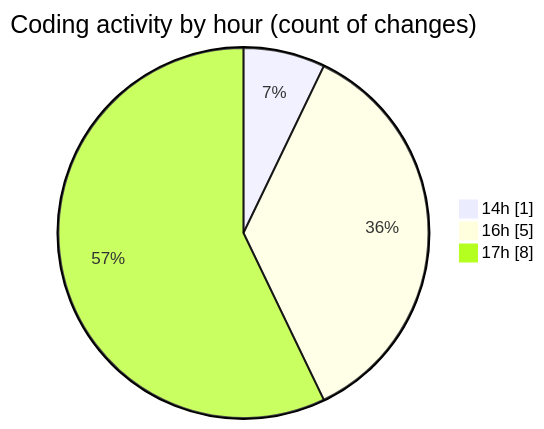
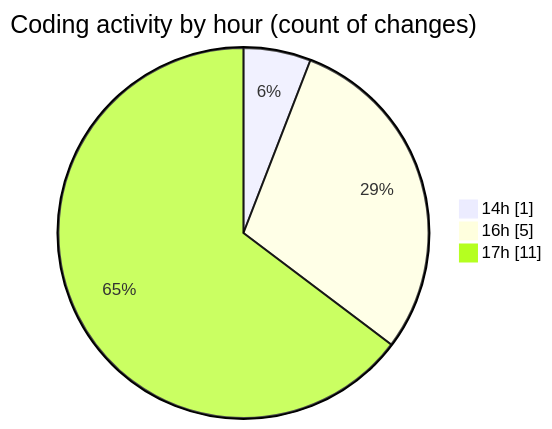
Before and after one commit to nxtqubesakshisongat/code-tracking: the second of 2 diagrams in 2026-07-15/nxtqube_webapp/README.md, drawn with Mermaid. The commit also changed other lines of this file and 1 other file, not shown here.

````diff
--- a/2026-07-15/nxtqube_webapp/README.md
+++ b/2026-07-15/nxtqube_webapp/README.md
@@ -31,7 +32,7 @@
 ```mermaid
 pie showData
 title Coding activity by hour (count of changes)
 "14h" : 1
 "16h" : 5
-"17h" : 8
+"17h" : 11
 ```
````
